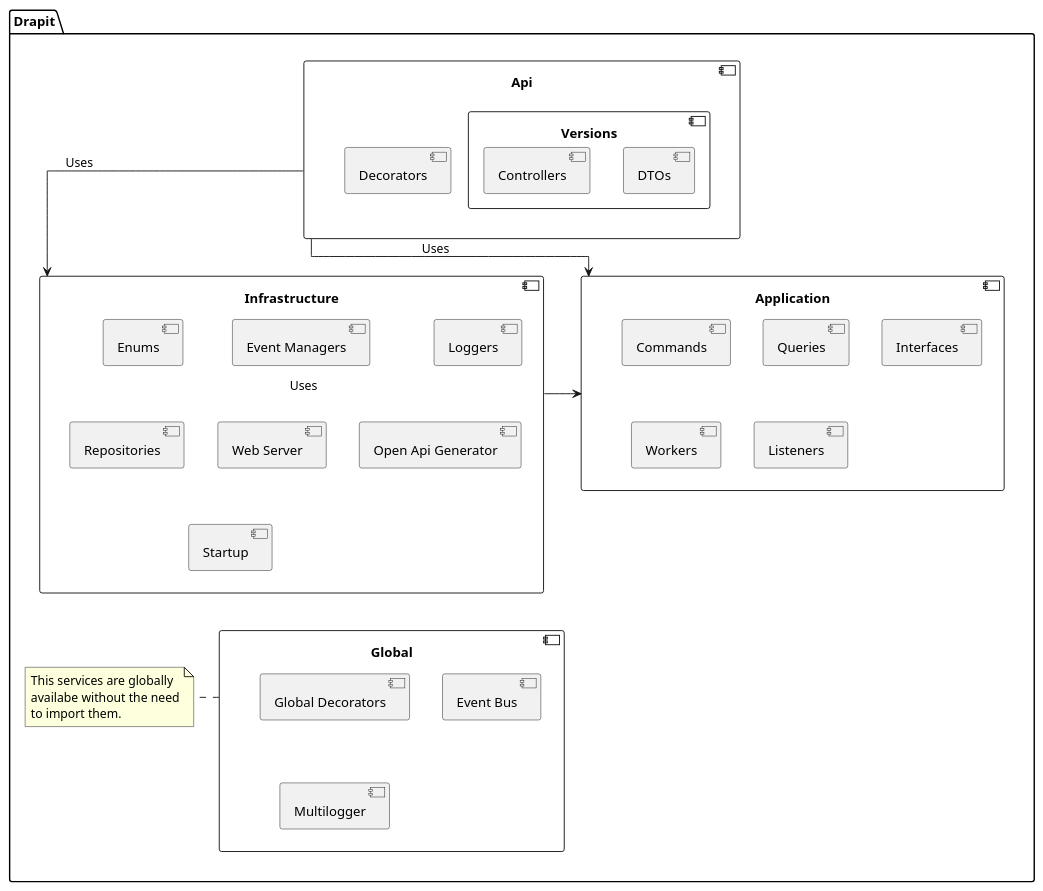
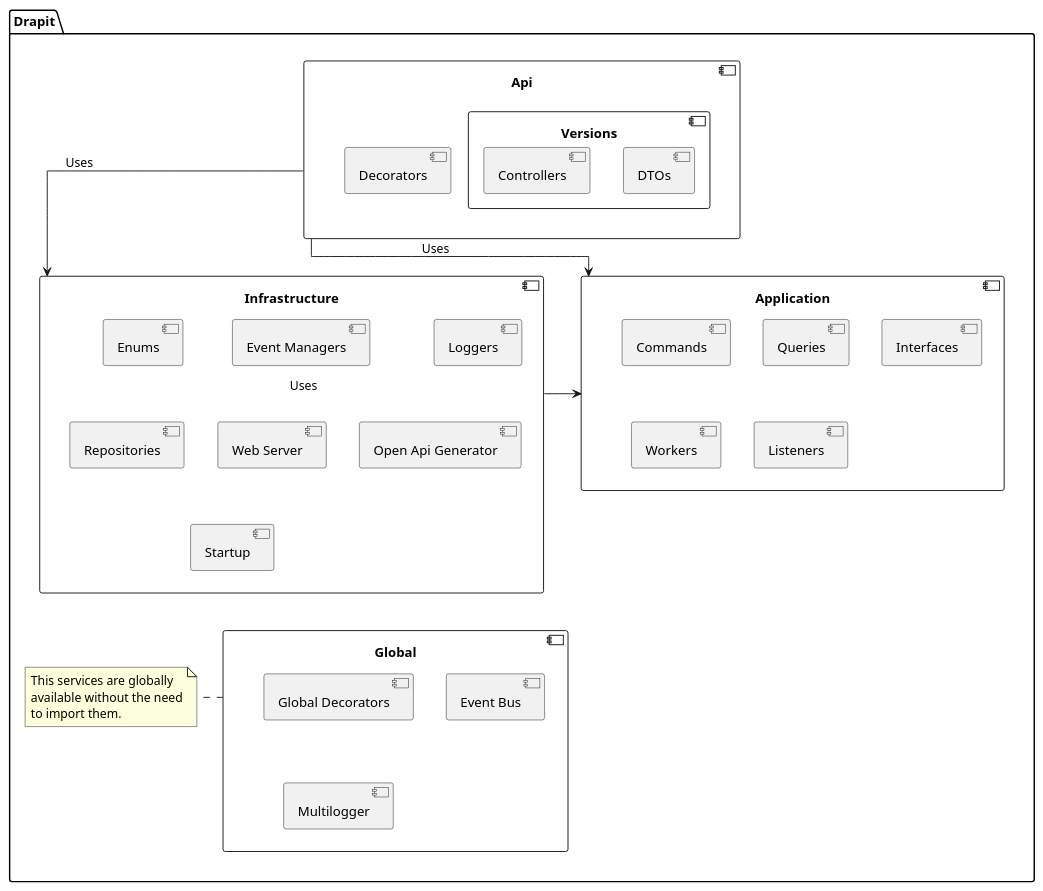
One commit to drapit/drapit changed the diagram in docs/diagrams/components.puml. Above: the diagram before and after it, drawn with PlantUML.

Commit message:
docs: fix typo in component diagram

```diff
--- a/docs/diagrams/components.puml
+++ b/docs/diagrams/components.puml
@@ -1,46 +1,46 @@
 @startuml
 skinparam linetype ortho
 
 package "Drapit" {
   component Api {
     [Decorators]
 
     component Versions {
       [DTOs]
       [Controllers]
     }
   }
 
   component Infrastructure {
     [Enums]
     [Event Managers]
     [Loggers]
     [Repositories]
     [Web Server]
     [Open Api Generator]
     [Startup]
   }
 
   component Application {
     [Commands]
     [Queries]
     [Enums]
     [Interfaces]
     [Workers]
     [Listeners]
   }
 
   component Global {
     [Global Decorators]
     [Event Bus]
     [Multilogger]
   }
 
-  note right of Global: This services are globally\navailabe without the need\nto import them.
+  note right of Global: This services are globally\navailable without the need\nto import them.
 
   Api -d-> Application: Uses
   Api -d-> Infrastructure: Uses
   Infrastructure -r-> Application: Uses
 }
 
 @enduml
```
